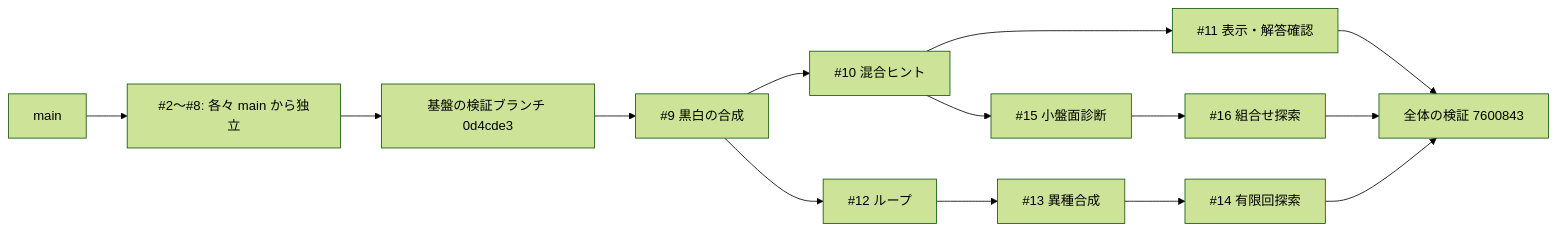
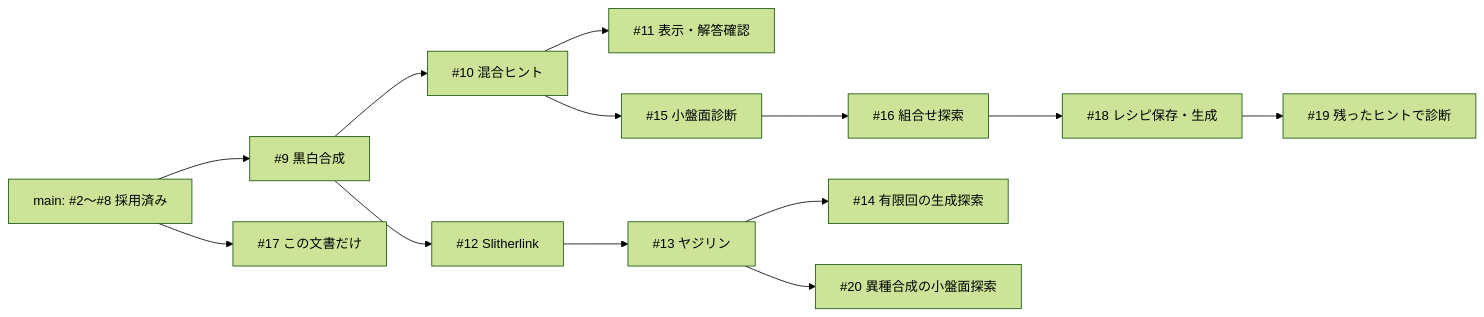
Before and after one commit to airtoxin/puzzle-box: the diagram in docs/review-roadmap.md, drawn with Mermaid (forest theme). The commit also changed other lines of this file, not shown here.

````diff
--- a/docs/review-roadmap.md
+++ b/docs/review-roadmap.md
@@ -53,13 +37,15 @@
 ```mermaid
 flowchart LR
-  M["main"] --> A["#2〜#8: 各々 main から独立"]
-  A --> V["基盤の検証ブランチ 0d4cde3"]
-  V --> B["#9 黒白の合成"]
-  B --> C["#10 混合ヒント"]
-  C --> D["#11 表示・解答確認"]
-  C --> E["#15 小盤面診断"] --> F["#16 組合せ探索"]
-  B --> G["#12 ループ"] --> H["#13 異種合成"] --> I["#14 有限回探索"]
-  D --> J["全体の検証 7600843"]
-  F --> J
-  I --> J
+  M["main: #2〜#8 採用済み"] --> A["#9 黒白合成"]
+  M --> G["#17 この文書だけ"]
+  A --> B["#10 混合ヒント"]
+  B --> C["#11 表示・解答確認"]
+  B --> D["#15 小盤面診断"]
+  D --> E["#16 組合せ探索"]
+  E --> F["#18 レシピ保存・生成"]
+  F --> H["#19 残ったヒントで診断"]
+  A --> I["#12 Slitherlink"]
+  I --> J["#13 ヤジリン"]
+  J --> K["#14 有限回の生成探索"]
+  J --> L["#20 異種合成の小盤面探索"]
 ```
````
